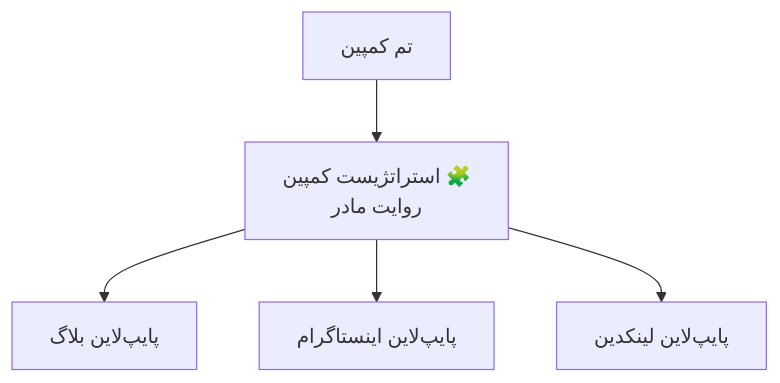
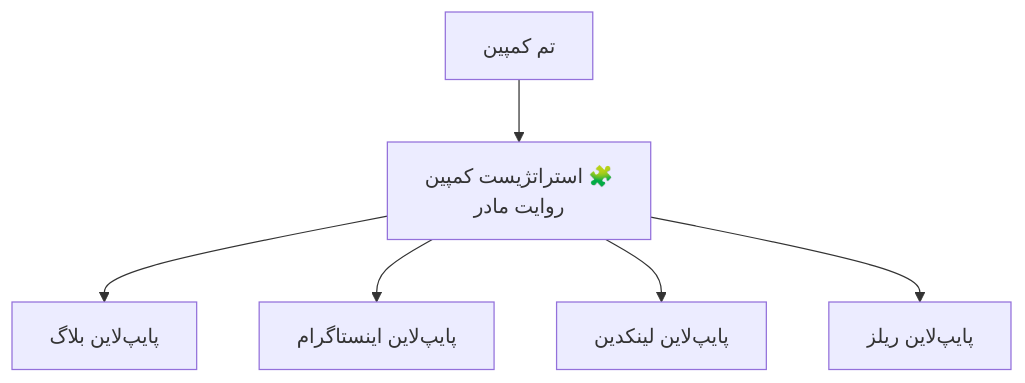
Before and after one commit to siavash-smf/arkan-blog-agents: the second of 5 diagrams in README.md, drawn with Mermaid. The commit also changed other lines of this file and 8 other files, not shown here.

````diff
--- a/README.md
+++ b/README.md
@@ -79,8 +79,9 @@
 ```mermaid
 flowchart TD
     T["تم کمپین"] --> S["استراتژیست کمپین 🧩
 روایت مادر"]
     S --> B["پایپ‌لاین بلاگ"]
     S --> I["پایپ‌لاین اینستاگرام"]
     S --> L["پایپ‌لاین لینکدین"]
+    S --> R["پایپ‌لاین ریلز"]
 ```
````
